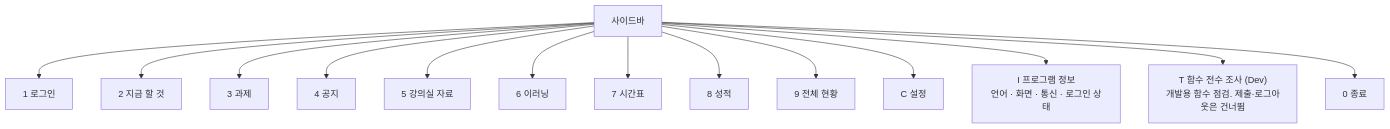
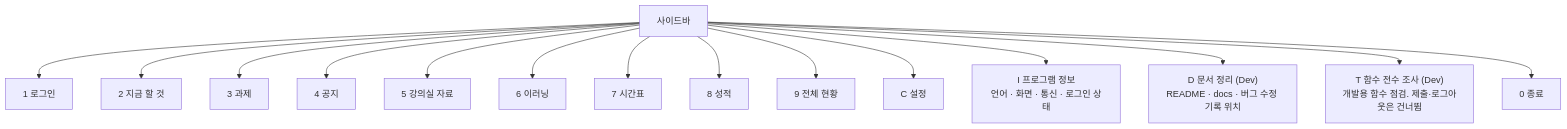
The second of 4 diagrams in README.md (hy040504/seowon-cli), drawn with Mermaid before and after one commit. The commit also changed other lines of this file and 2 other files, not shown here.

````diff
--- a/README.md
+++ b/README.md
@@ -144,16 +146,17 @@
 ```mermaid
 flowchart TD
   side["사이드바"] --> login["1 로그인"]
   side --> todo["2 지금 할 것"]
   side --> asg["3 과제"]
   side --> ntc["4 공지"]
   side --> mat["5 강의실 자료"]
   side --> les["6 이러닝"]
   side --> tt["7 시간표"]
   side --> score["8 성적"]
   side --> sum["9 전체 현황"]
   side --> cfg["C 설정"]
   side --> info["I 프로그램 정보<br/>언어 · 화면 · 통신 · 로그인 상태"]
+  side --> docs["D 문서 정리 (Dev)<br/>README · docs · 버그 수정 기록 위치"]
   side --> test["T 함수 전수 조사 (Dev)<br/>개발용 함수 점검. 제출·로그아웃은 건너뜀"]
   side --> exit["0 종료"]
 ```
````
